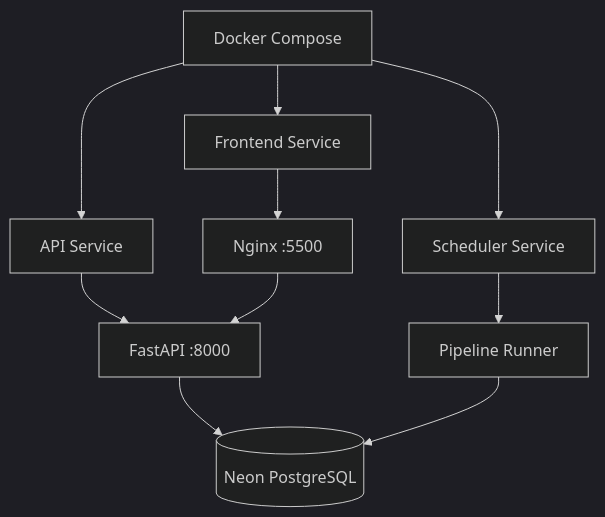
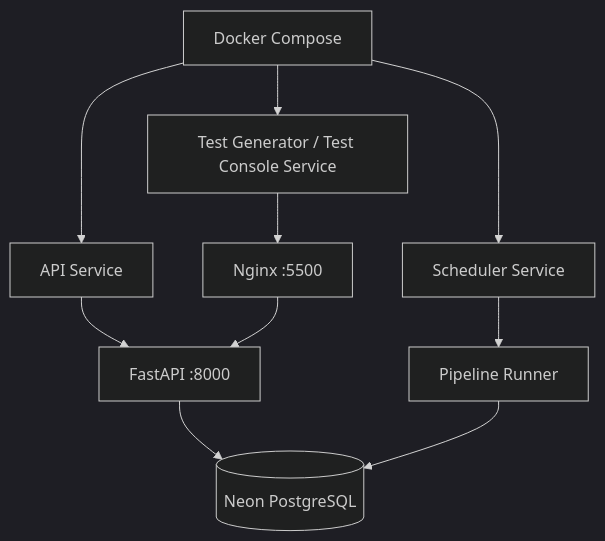
One commit to Tharuni-23/Customer-Churn-Prediction-And-Lifetime-Value-LTV-Engine changed the tenth of 12 diagrams in README.md. Above: the diagram before and after it, drawn with Mermaid (dark theme). The commit also changed other lines of this file and 5 other files, not shown here.

````diff
--- a/README.md
+++ b/README.md
@@ -590,14 +585,14 @@
 ```mermaid
 flowchart TB
     A[Docker Compose] --> B[API Service]
     A --> C[Scheduler Service]
-    A --> D[Frontend Service]
+    A --> D[Test Generator / Test Console Service]
 
     B --> E[FastAPI :8000]
     C --> F[Pipeline Runner]
     D --> G[Nginx :5500]
 
     E --> H[(Neon PostgreSQL)]
     F --> H
     G --> E
 ```
````
